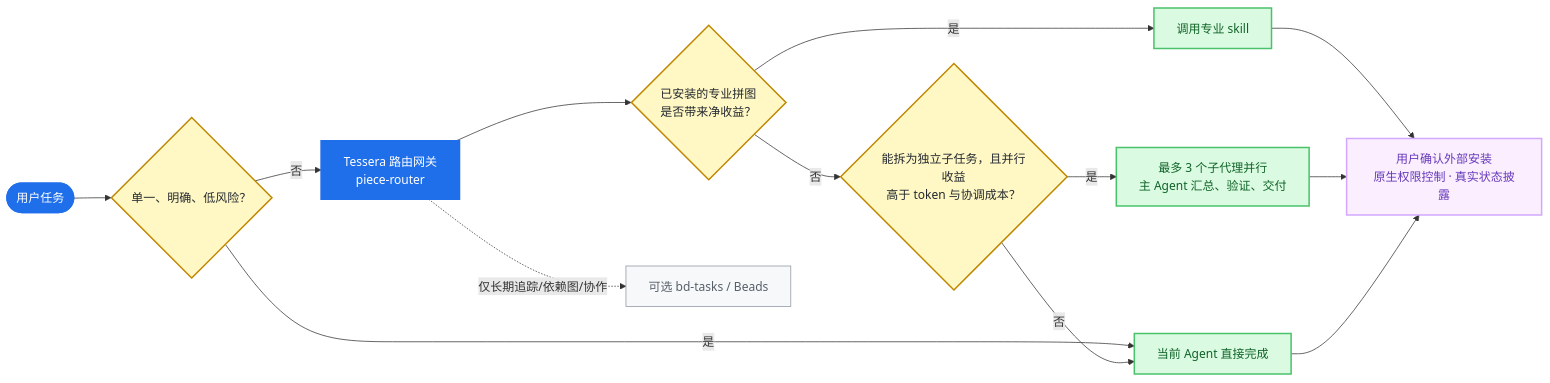
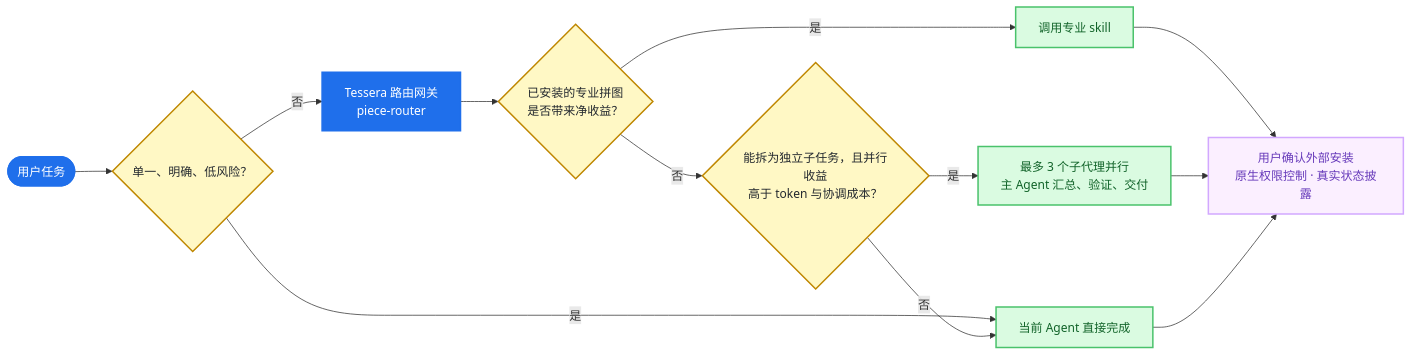
Before and after one commit to gloamere/Tessera: the diagram in README.md, drawn with Mermaid. The commit also changed other lines of this file and 36 other files, not shown here.

````diff
--- a/README.md
+++ b/README.md
@@ -18,26 +18,23 @@
 ```mermaid
 flowchart LR
     U([用户任务]) --> D{单一、明确、低风险？}
     D -- 是 --> A[当前 Agent 直接完成]
     D -- 否 --> R[Tessera 路由网关<br/>piece-router]
     R --> P{已安装的专业拼图<br/>是否带来净收益？}
     P -- 是 --> S[调用专业 skill]
     P -- 否 --> C{能拆为独立子任务，且并行收益<br/>高于 token 与协调成本？}
     C -- 是 --> M[最多 3 个子代理并行<br/>主 Agent 汇总、验证、交付]
     C -- 否 --> A
-    R -. 仅长期追踪/依赖图/协作 .-> B[可选 bd-tasks / Beads]
     S --> G[用户确认外部安装<br/>原生权限控制 · 真实状态披露]
     M --> G
     A --> G
 
     classDef entry fill:#1f6feb,color:#fff,stroke:#1f6feb,stroke-width:2px;
     classDef decision fill:#fff8c5,color:#24292f,stroke:#bf8700,stroke-width:2px;
     classDef action fill:#dafbe1,color:#116329,stroke:#4ac26b,stroke-width:2px;
-    classDef optional fill:#f6f8fa,color:#57606a,stroke:#8c959f;
     classDef guard fill:#fbefff,color:#6639ba,stroke:#d2a8ff,stroke-width:2px;
     class U,R entry;
     class D,P,C decision;
     class A,S,M action;
-    class B optional;
     class G guard;
 ```
````
